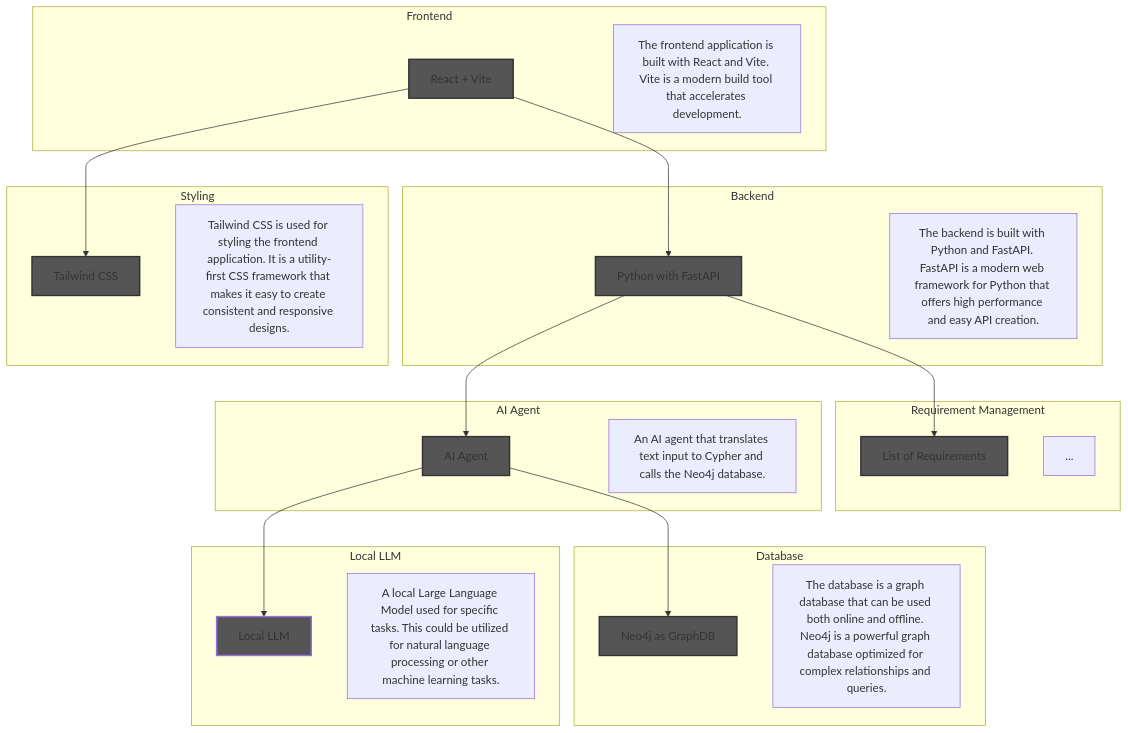
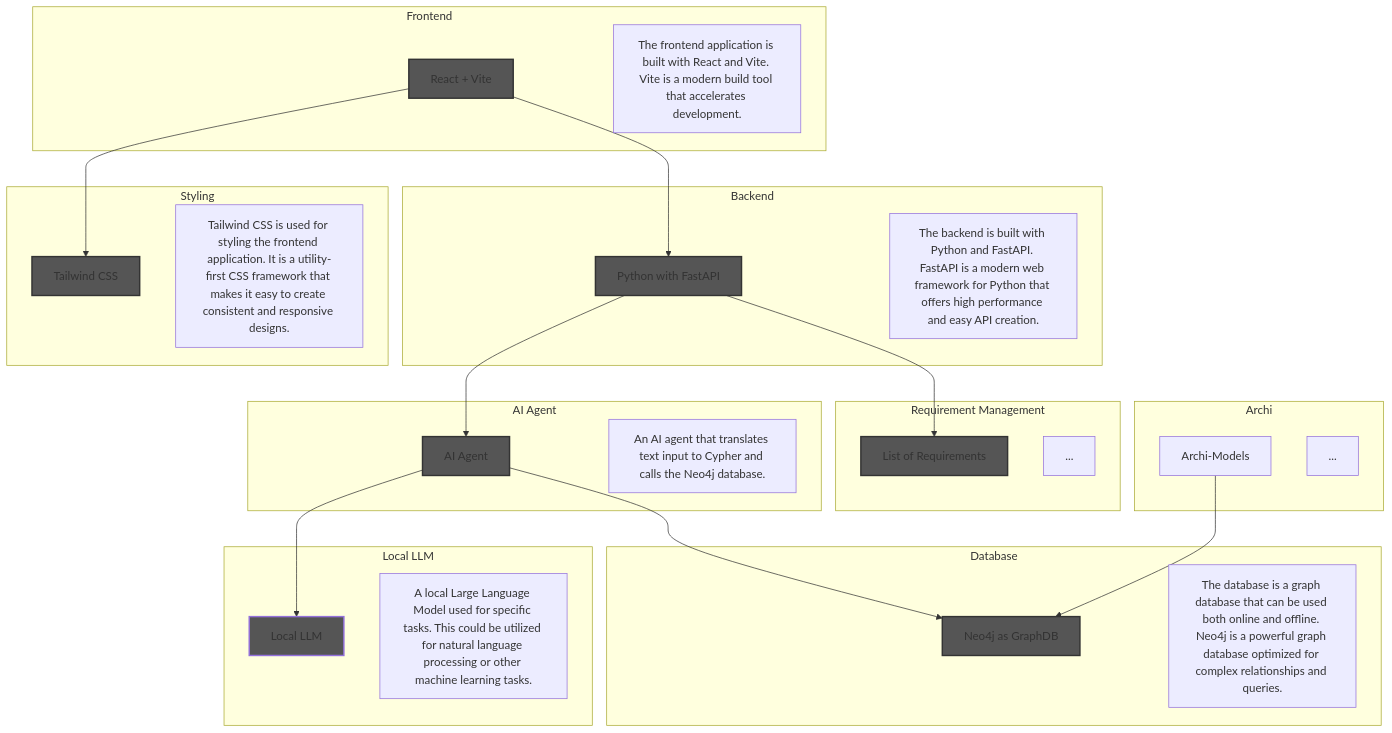
Before and after one commit to blog-fl/poc-archi-to-neo4j-to-app: the diagram in README.md, drawn with Mermaid.

````diff
--- a/README.md
+++ b/README.md
@@ -4,55 +4,61 @@
 ```mermaid
 graph TD
     subgraph Frontend
         A[React + Vite]
         A1[The frontend application is built with React and Vite. Vite is a modern build tool that accelerates development.]
     end
 
     subgraph Backend
         B[Python with FastAPI]
         B1[The backend is built with Python and FastAPI. FastAPI is a modern web framework for Python that offers high performance and easy API creation.]
     end
 
     subgraph Requirement Management
         RFP[List of Requirements]
         RFP1[...]
+    end
+
+    subgraph Archi
+        ARCHI[Archi-Models]
+        ARCHI1[...]
     end
 
     subgraph Database
         C[Neo4j as GraphDB]
         C1[The database is a graph database that can be used both online and offline. Neo4j is a powerful graph database optimized for complex relationships and queries.]
     end
 
     subgraph Local LLM
         D[Local LLM]
         D1[A local Large Language Model used for specific tasks. This could be utilized for natural language processing or other machine learning tasks.]
     end
 
     subgraph AI Agent
         F[AI Agent]
         F1[An AI agent that translates text input to Cypher and calls the Neo4j database.]
     end
 
     subgraph Styling
         E[Tailwind CSS]
         E1[Tailwind CSS is used for styling the frontend application. It is a utility-first CSS framework that makes it easy to create consistent and responsive designs.]
     end
 
 
 
     A --> B
     B --> F
     A --> E
     F --> C
     F --> D
     B --> RFP
+    ARCHI --> C
 
     style A fill:#555,stroke:#333,stroke-width:2px
     style B fill:#555,stroke:#333,stroke-width:2px
     style C fill:#555,stroke:#333,stroke-width:2px
     style D fill:#555,stroke-width:2px
     style E fill:#555,stroke:#333,stroke-width:2px
     style F fill:#555,stroke:#333,stroke-width:2px
     style RFP fill:#555,stroke:#333,stroke-width:2px
 
 ```
````
